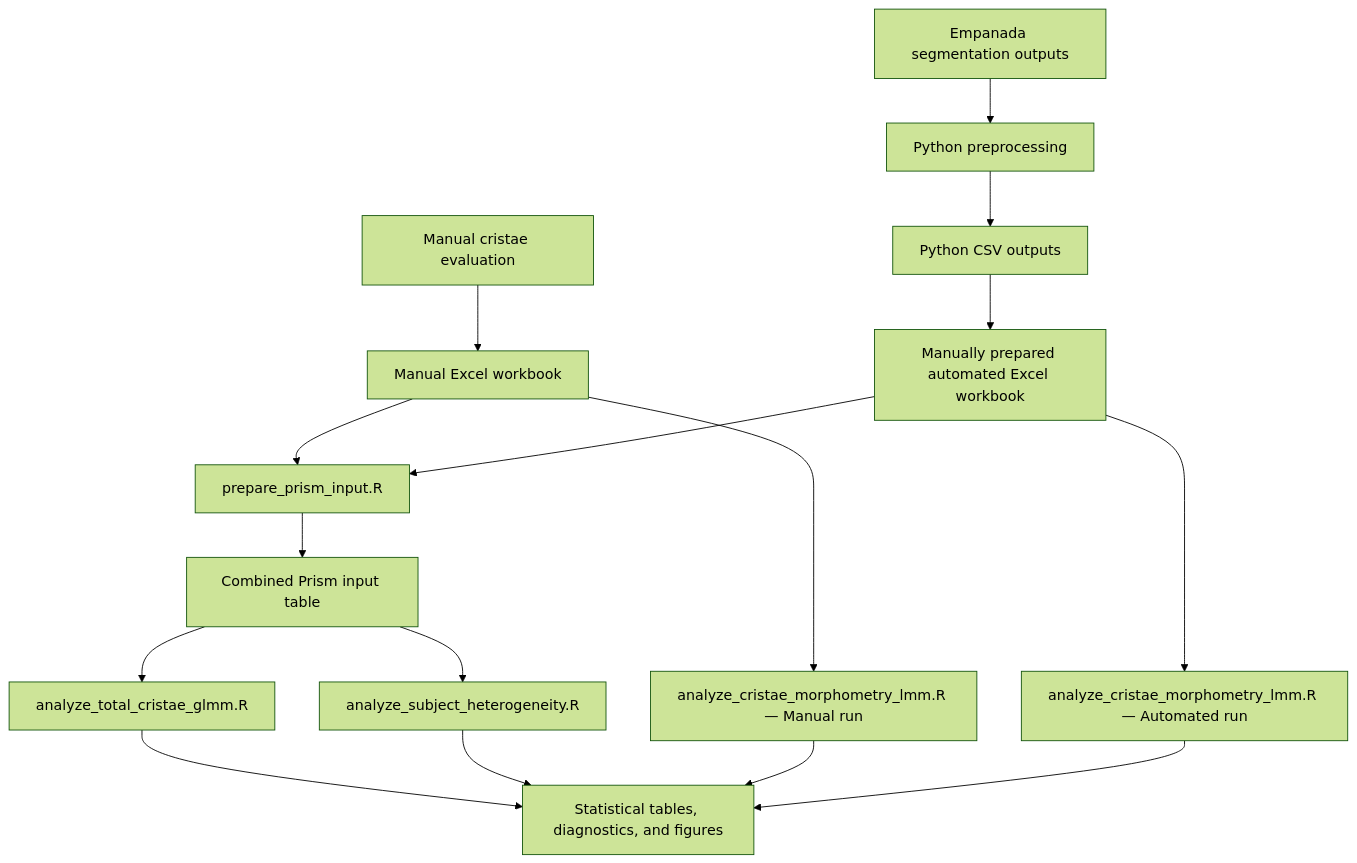
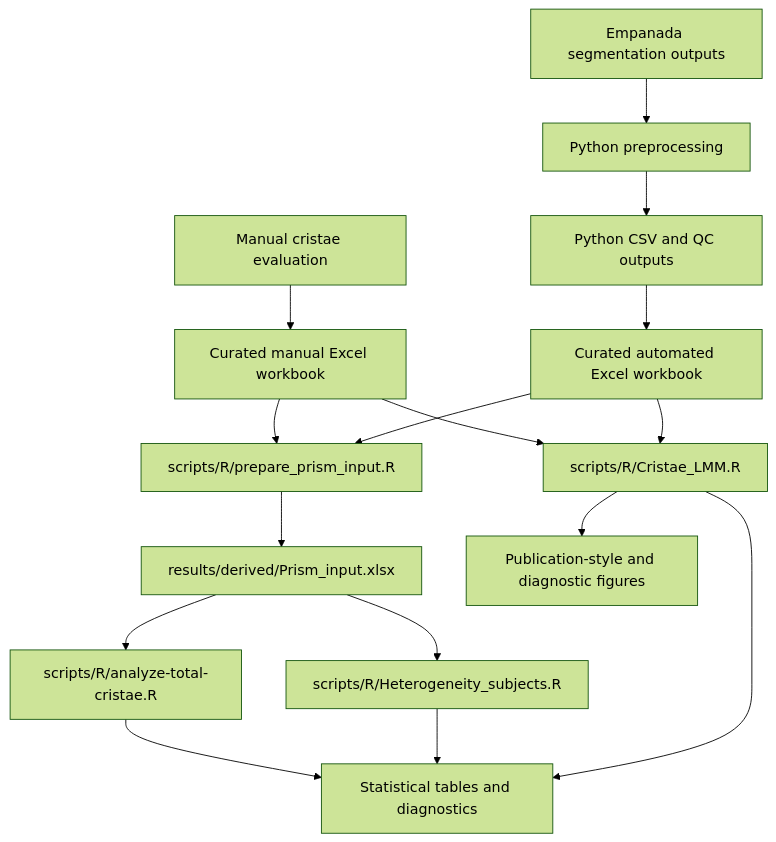
One commit to nikolvolfova-web/Mitochondrial-Ultrastructure-Analysis changed the diagram in README.md. Above: the diagram before and after it, drawn with Mermaid (forest theme). The commit also changed other lines of this file, not shown here.

````diff
--- a/README.md
+++ b/README.md
@@ -37,23 +37,23 @@
 ```mermaid
 flowchart TD
-    M1["Manual cristae evaluation"] --> M2["Manual Excel workbook"]
+    M1["Manual cristae evaluation"] --> M2["Curated manual Excel workbook"]
 
     E1["Empanada segmentation outputs"] --> P["Python preprocessing"]
-    P --> C["Python CSV outputs"]
-    C --> A["Manually prepared automated Excel workbook"]
+    P --> C["Python CSV and QC outputs"]
+    C --> A["Curated automated Excel workbook"]
 
-    M2 --> PI["prepare_prism_input.R"]
+    M2 --> PI["scripts/R/prepare_prism_input.R"]
     A --> PI
-    PI --> PT["Combined Prism input table"]
+    PI --> PT["results/derived/Prism_input.xlsx"]
 
-    PT --> T["analyze_total_cristae_glmm.R"]
-    PT --> H["analyze_subject_heterogeneity.R"]
+    PT --> T["scripts/R/analyze-total-cristae.R"]
+    PT --> H["scripts/R/Heterogeneity_subjects.R"]
 
-    M2 --> LM["analyze_cristae_morphometry_lmm.R — Manual run"]
-    A --> LA["analyze_cristae_morphometry_lmm.R — Automated run"]
+    M2 --> L["scripts/R/Cristae_LMM.R"]
+    A --> L
 
-    T --> O["Statistical tables, diagnostics, and figures"]
+    T --> O["Statistical tables and diagnostics"]
     H --> O
-    LM --> O
-    LA --> O
+    L --> O
+    L --> F["Publication-style and diagnostic figures"]
 ```
````
